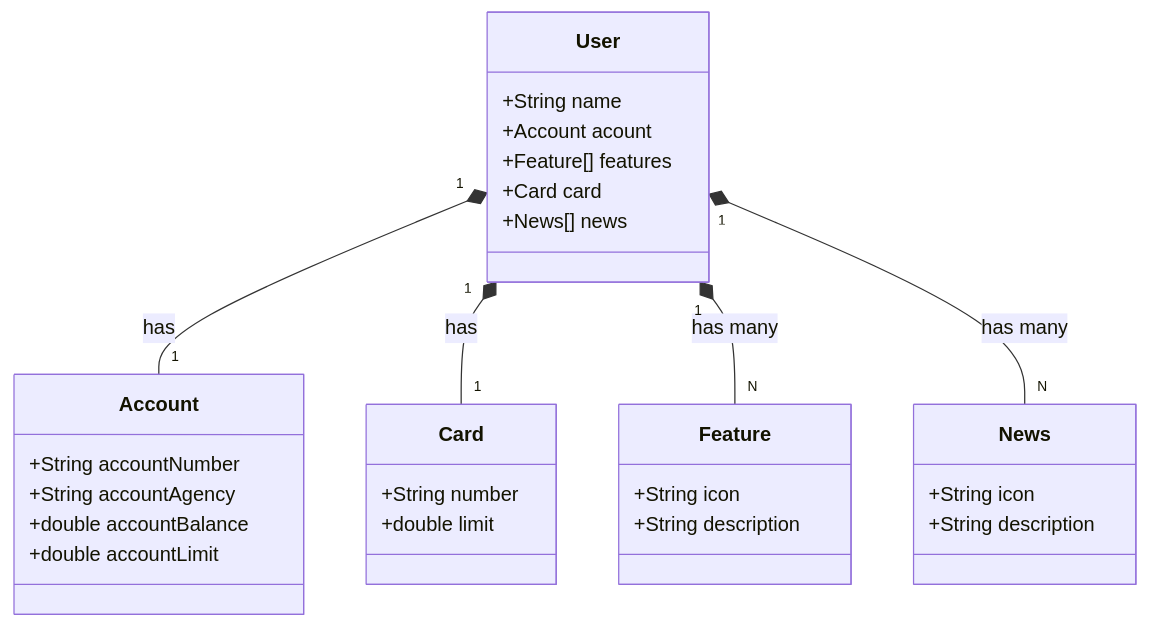
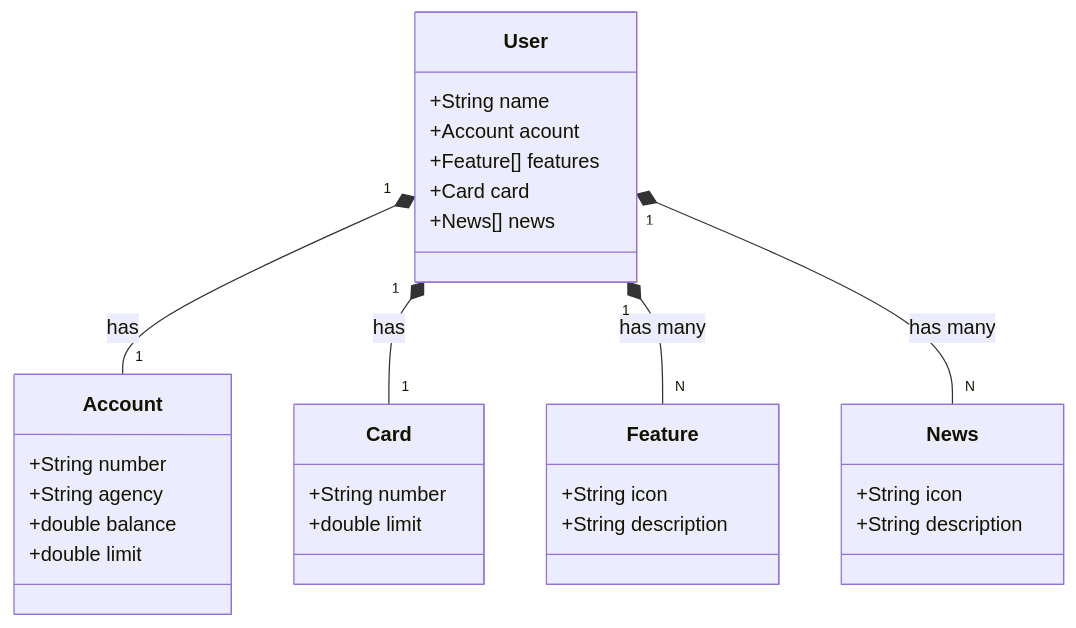
Before and after one commit to anyblueangel3/santander-dev-week-2023: the diagram in README.md, drawn with Mermaid.

````diff
--- a/README.md
+++ b/README.md
@@ -3,37 +3,37 @@
 ```mermaid
 classDiagram
     class User {
         +String name
         +Account acount
         +Feature[] features
         +Card card
         +News[] news
     }
 
     class Account {
-        +String accountNumber
-        +String accountAgency
-        +double accountBalance
-        +double accountLimit
+        +String number
+        +String agency
+        +double balance
+        +double limit
     }
 
     class Feature {
         +String icon
         +String description
     }
 
     class Card {
         +String number
         +double limit
     }
 
     class News {
         +String icon
         +String description
     }
 
     User "1" *-- "1" Account : has
     User "1" *-- "1" Card : has
     User "1" *-- "N" Feature : has many
     User "1" *-- "N" News : has many
 ```
````
